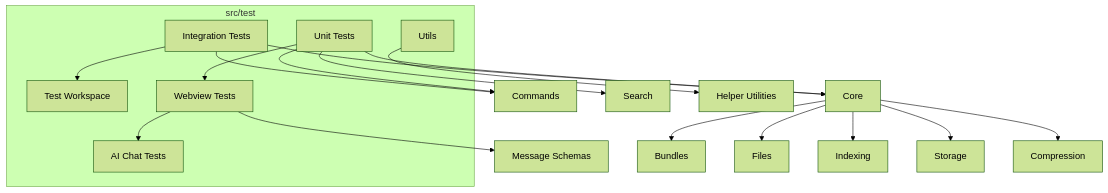
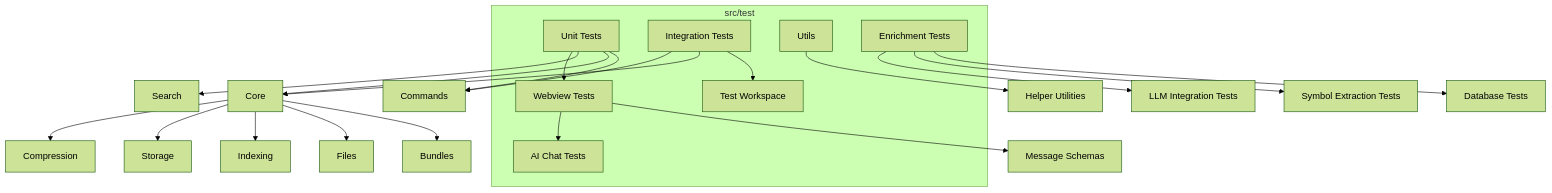
One commit to bramburn/repomix-runner changed the first of 22 diagrams in .qoder/repowiki/en/content/Testing Framework/Testing Framework.md. Above: the diagram before and after it, drawn with Mermaid (forest theme). The commit also changed other lines of this file and 14 other files, not shown here.

````diff
--- a/.qoder/repowiki/en/content/Testing Framework/Testing Framework.md
+++ b/.qoder/repowiki/en/content/Testing Framework/Testing Framework.md
@@ -71,26 +80,30 @@
 ```mermaid
 graph TB
 subgraph "src/test"
 UT["Unit Tests"]
 IT["Integration Tests"]
 TW["Test Workspace"]
 U["Utils"]
 WV["Webview Tests"]
 AC["AI Chat Tests"]
+ENR["Enrichment Tests"]
 end
 UT --> CMD["Commands"]
 UT --> CORE["Core"]
 UT --> SRCH["Search"]
 UT --> WV
 WV --> MS["Message Schemas"]
 WV --> AC
 CORE --> BUNDLES["Bundles"]
 CORE --> FILES["Files"]
 CORE --> IDX["Indexing"]
 CORE --> STORAGE["Storage"]
 CORE --> COMP["Compression"]
 IT --> TW
 IT --> CORE
 IT --> CMD
 U --> HELP["Helper Utilities"]
+ENR --> DBTEST["Database Tests"]
+ENR --> SYMTEST["Symbol Extraction Tests"]
+ENR --> LLMTEST["LLM Integration Tests"]
 ```
````
